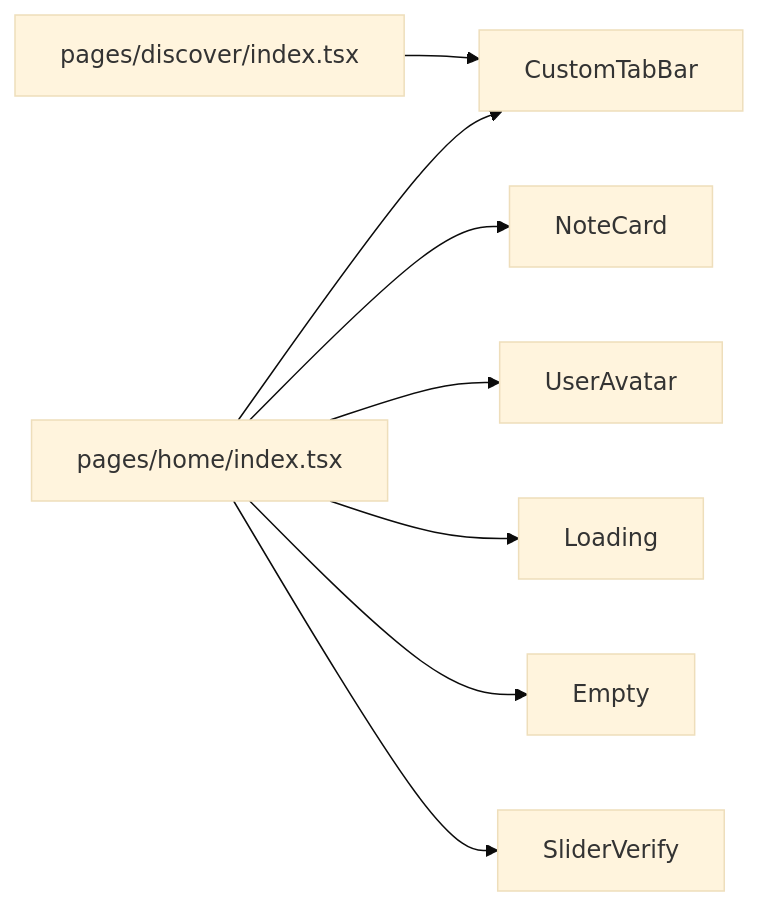
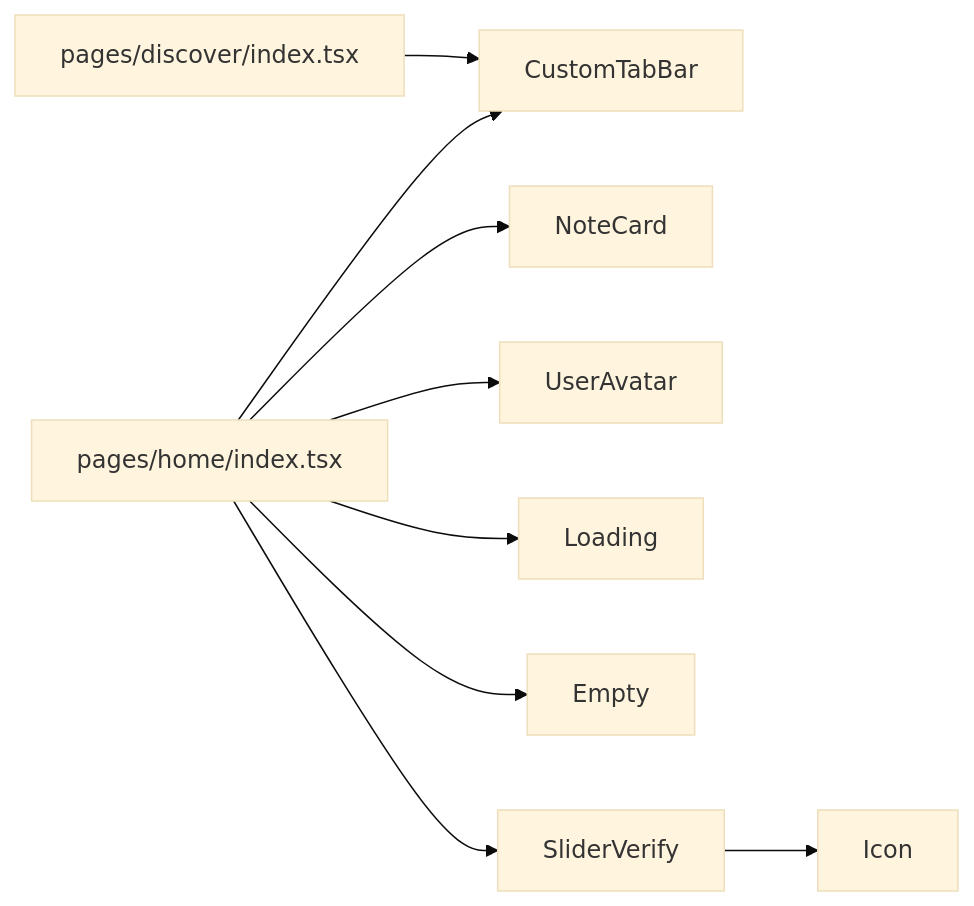
Before and after one commit to zuolinbao/redbook: the sixth of 6 diagrams in .qoder/repowiki/zh/content/UI组件库/UI组件库.md, drawn with Mermaid (base theme). The commit also changed other lines of this file and 7 other files, not shown here.

````diff
--- a/.qoder/repowiki/zh/content/UI组件库/UI组件库.md
+++ b/.qoder/repowiki/zh/content/UI组件库/UI组件库.md
@@ -283,10 +323,11 @@
 ```mermaid
 graph LR
 H["pages/home/index.tsx"] --> CTB["CustomTabBar"]
 H --> NC["NoteCard"]
 D["pages/discover/index.tsx"] --> CTB
 H --> UA["UserAvatar"]
 H --> LD["Loading"]
 H --> EM["Empty"]
 H --> SV["SliderVerify"]
+SV --> IC["Icon"]
 ```
````
